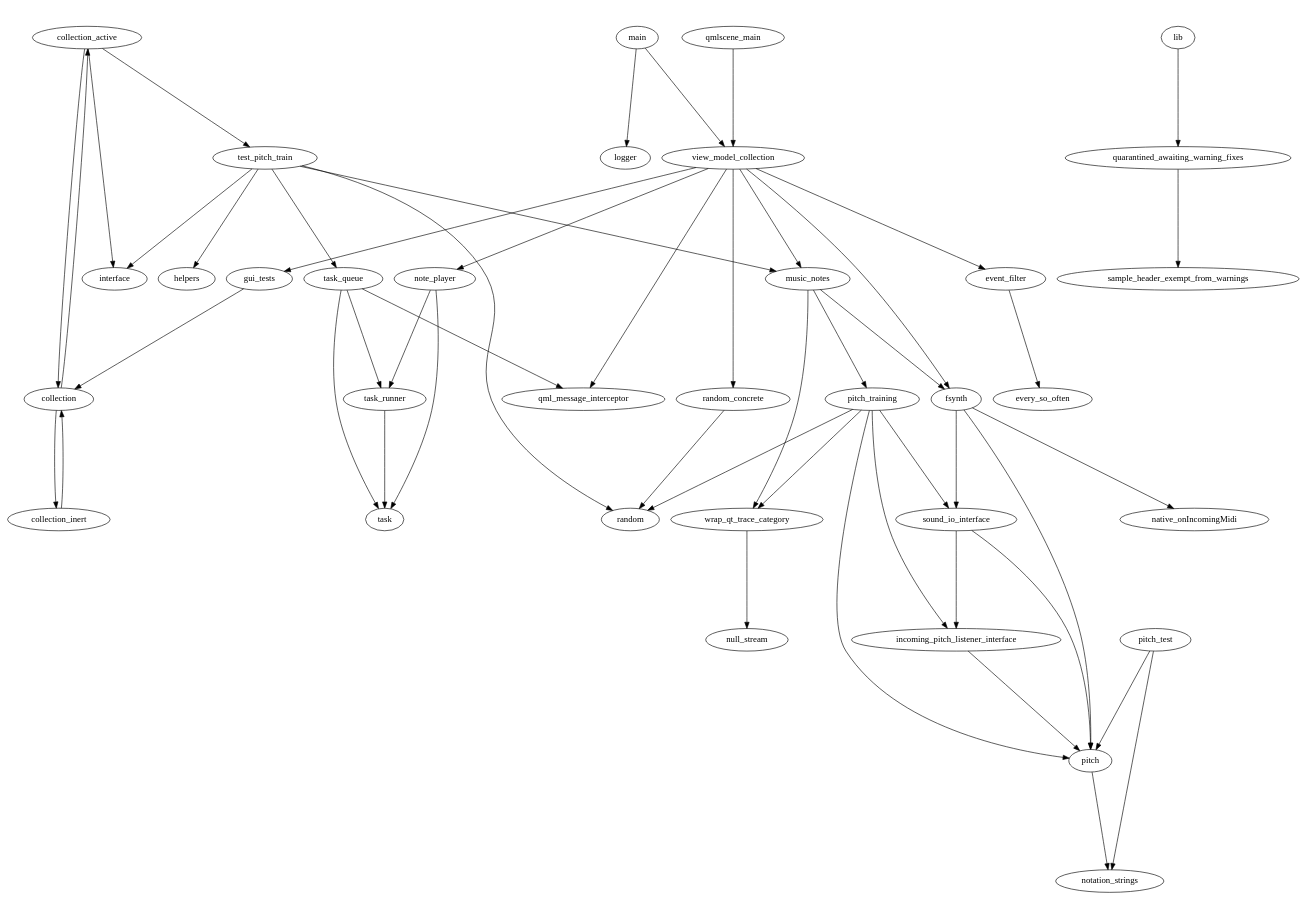
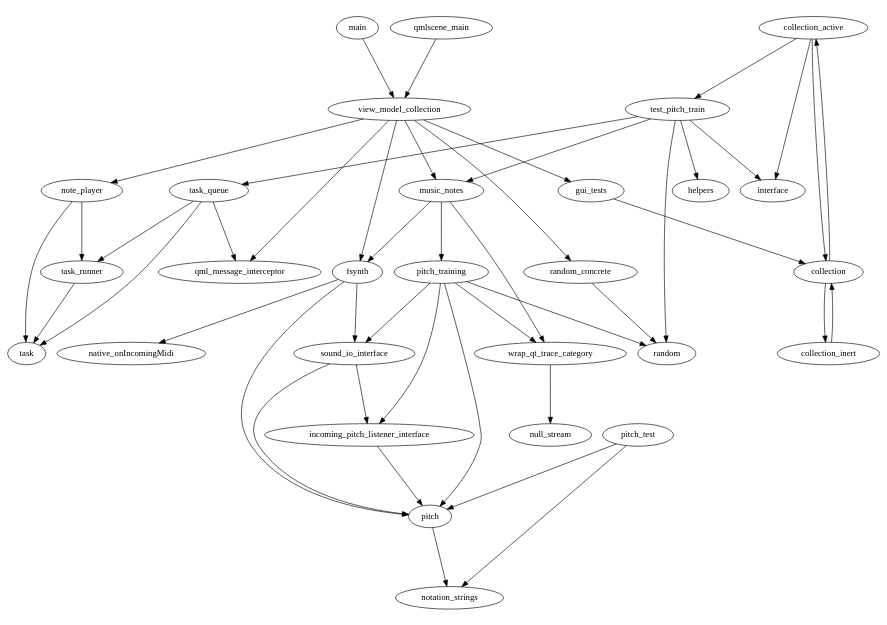
Before and after one commit to pestophagous/heory: the diagram in sw_arch_doc/all_src.dot, drawn with Graphviz. The commit also changed 7 other files, not shown here.

Commit message:
sw_arch_doc/all_src.svg: prune and care-take the dependency graph

```diff
--- a/sw_arch_doc/all_src.dot
+++ b/sw_arch_doc/all_src.dot
@@ -1,57 +1,52 @@
 digraph "source tree" {
     overlap=scale;
     ratio=0.7;
     fontsize="16";
     fontname="Helvetica";
     clusterrank="local";
 	"collection_active" -> "collection"
 	"collection_active" -> "interface"
 	"collection_active" -> "test_pitch_train"
 	"collection" -> "collection_active"
 	"collection" -> "collection_inert"
 	"collection_inert" -> "collection"
-	"event_filter" -> "every_so_often"
 	"fsynth" -> "native_onIncomingMidi"
 	"fsynth" -> "pitch"
 	"fsynth" -> "sound_io_interface"
 	"gui_tests" -> "collection"
 	"incoming_pitch_listener_interface" -> "pitch"
-	"lib" -> "quarantined_awaiting_warning_fixes"
-	"main" -> "logger"
 	"main" -> "view_model_collection"
 	"music_notes" -> "fsynth"
 	"music_notes" -> "pitch_training"
 	"music_notes" -> "wrap_qt_trace_category"
 	"note_player" -> "task"
 	"note_player" -> "task_runner"
 	"pitch" -> "notation_strings"
 	"pitch_test" -> "notation_strings"
 	"pitch_test" -> "pitch"
 	"pitch_training" -> "incoming_pitch_listener_interface"
 	"pitch_training" -> "pitch"
 	"pitch_training" -> "random"
 	"pitch_training" -> "sound_io_interface"
 	"pitch_training" -> "wrap_qt_trace_category"
 	"qmlscene_main" -> "view_model_collection"
-	"quarantined_awaiting_warning_fixes" -> "sample_header_exempt_from_warnings"
 	"random_concrete" -> "random"
 	"sound_io_interface" -> "incoming_pitch_listener_interface"
 	"sound_io_interface" -> "pitch"
 	"task_queue" -> "qml_message_interceptor"
 	"task_queue" -> "task"
 	"task_queue" -> "task_runner"
 	"task_runner" -> "task"
 	"test_pitch_train" -> "helpers"
 	"test_pitch_train" -> "interface"
 	"test_pitch_train" -> "music_notes"
 	"test_pitch_train" -> "random"
 	"test_pitch_train" -> "task_queue"
-	"view_model_collection" -> "event_filter"
 	"view_model_collection" -> "fsynth"
 	"view_model_collection" -> "gui_tests"
 	"view_model_collection" -> "music_notes"
 	"view_model_collection" -> "note_player"
 	"view_model_collection" -> "qml_message_interceptor"
 	"view_model_collection" -> "random_concrete"
 	"wrap_qt_trace_category" -> "null_stream"
 }
```
